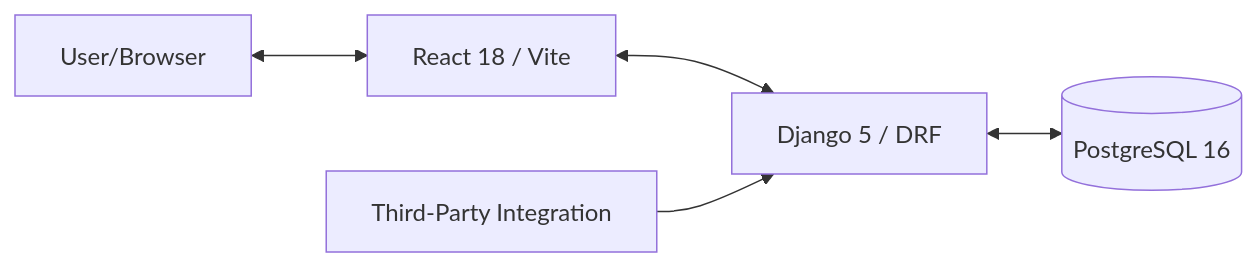
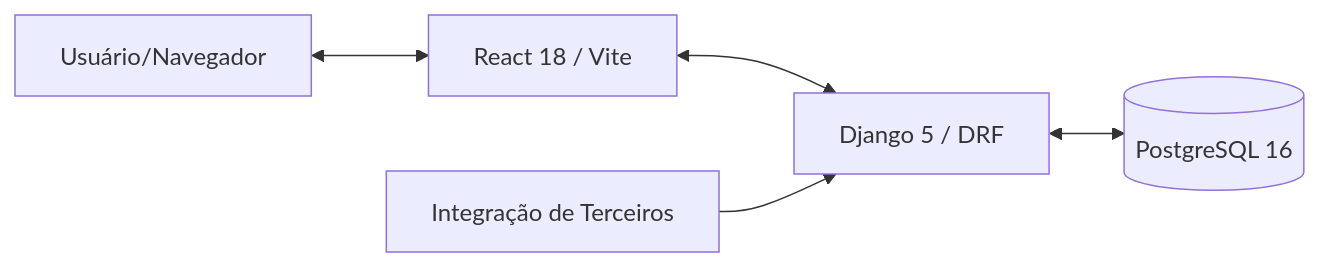
Before and after one commit to mucadoo/todoapp: the diagram in README.md, drawn with Mermaid. The commit also changed other lines of this file, not shown here.

````diff
--- a/README.md
+++ b/README.md
@@ -7,7 +7,7 @@
 ```mermaid
 graph LR
-    User[User/Browser] <--> Frontend[React 18 / Vite]
+    User[Usuário/Navegador] <--> Frontend[React 18 / Vite]
     Frontend <--> Backend[Django 5 / DRF]
     Backend <--> DB[(PostgreSQL 16)]
-    ThirdParty[Third-Party Integration] --> Backend
+    ThirdParty[Integração de Terceiros] --> Backend
 ```
````
